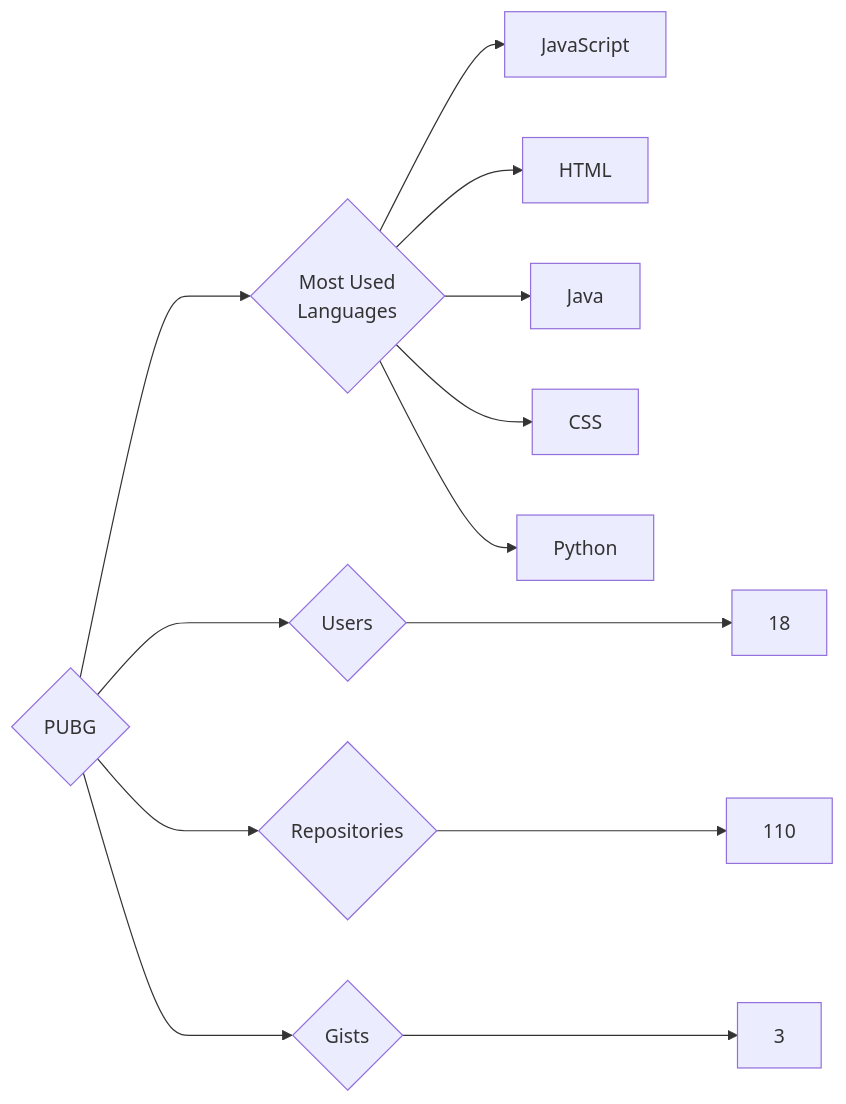
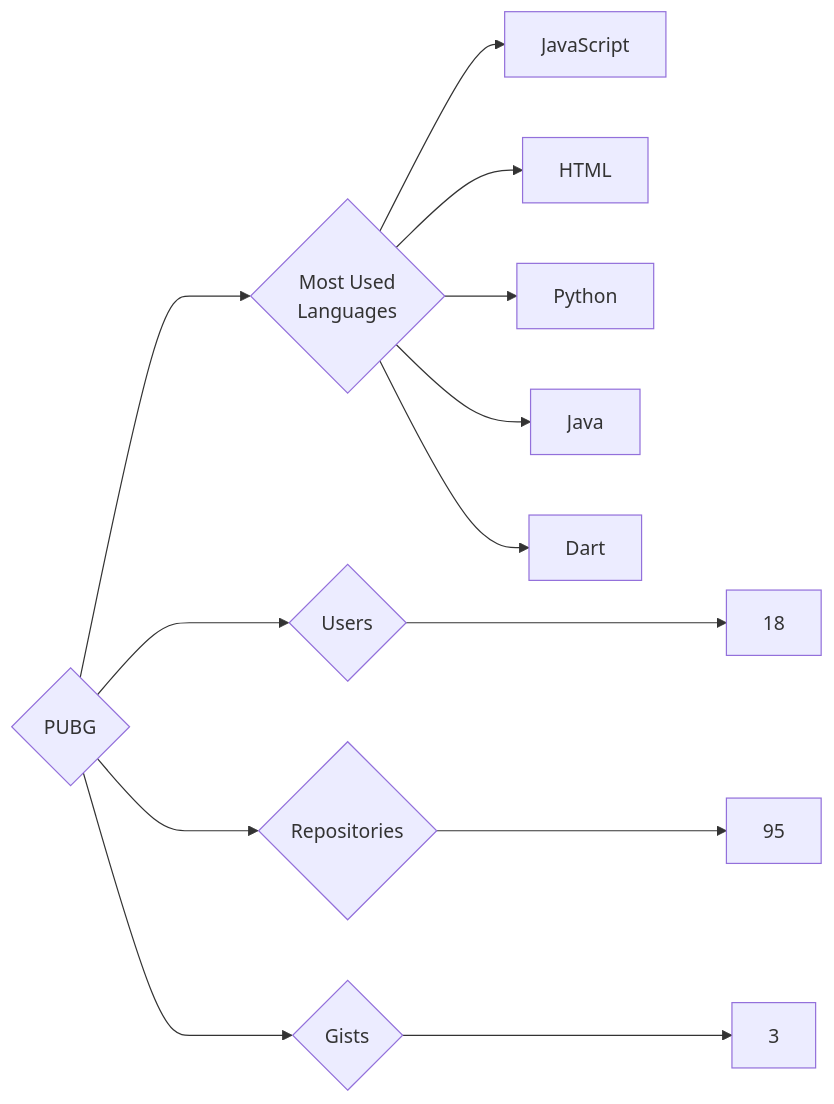
The diagram in targets/PUBG/README.md (trickest/insiders), drawn with Mermaid before and after one commit. The commit also changed 955 other files, not shown here.

````diff
--- a/targets/PUBG/README.md
+++ b/targets/PUBG/README.md
@@ -3,13 +3,13 @@
 ```mermaid
 graph LR
 COMPANY_NAME{PUBG}
 COMPANY_NAME ---> U{Users} ---> UN[18]
-COMPANY_NAME ---> R{Repositories} ---> RN[110]
+COMPANY_NAME ---> R{Repositories} ---> RN[95]
 COMPANY_NAME ---> G{Gists} ---> GN[3]
 COMPANY_NAME ---> ML{Most Used<br>Languages}
 ML --> JavaScript[JavaScript]
 ML --> HTML[HTML]
+ML --> Python[Python]
 ML --> Java[Java]
-ML --> CSS[CSS]
-ML --> Python[Python]
+ML --> Dart[Dart]
 ```
````
